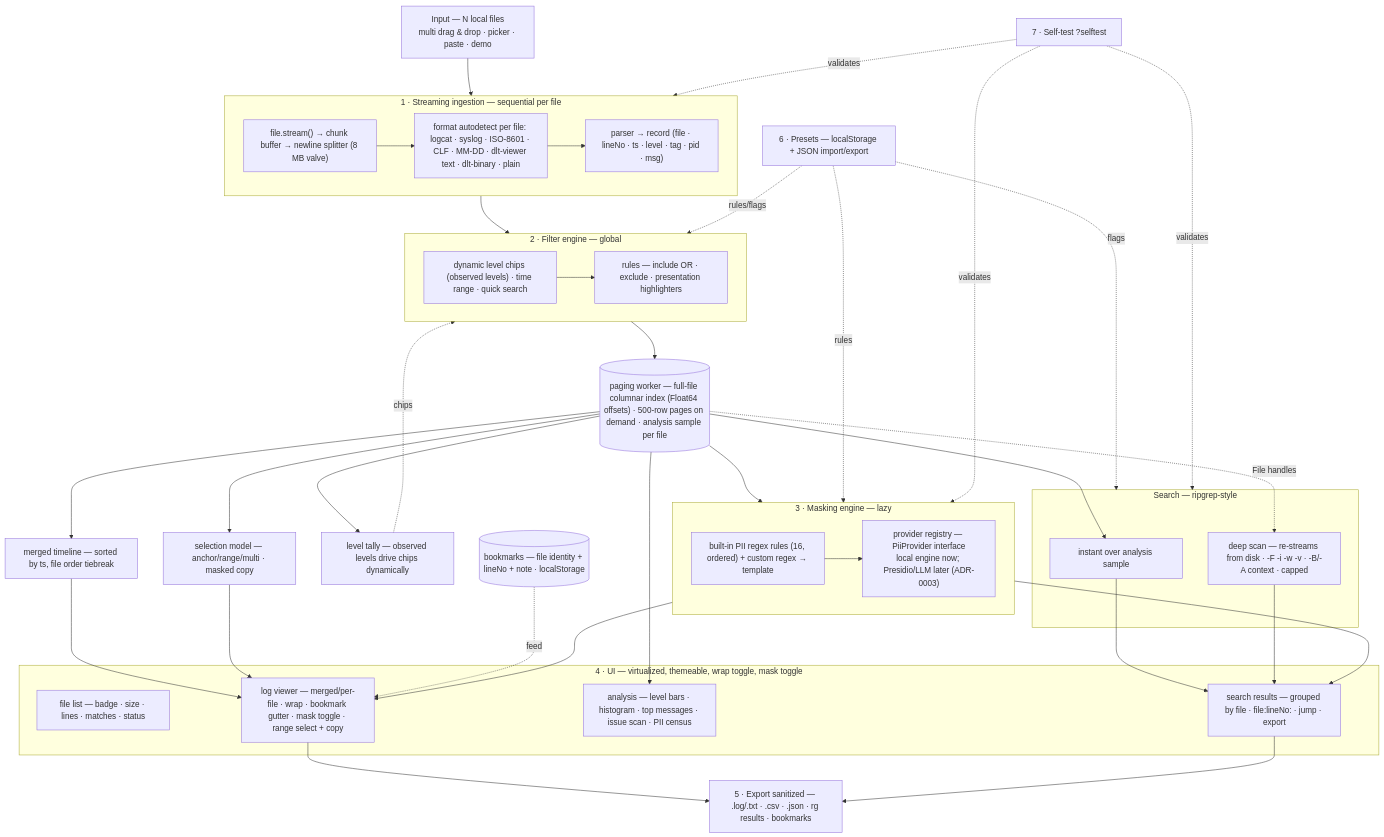
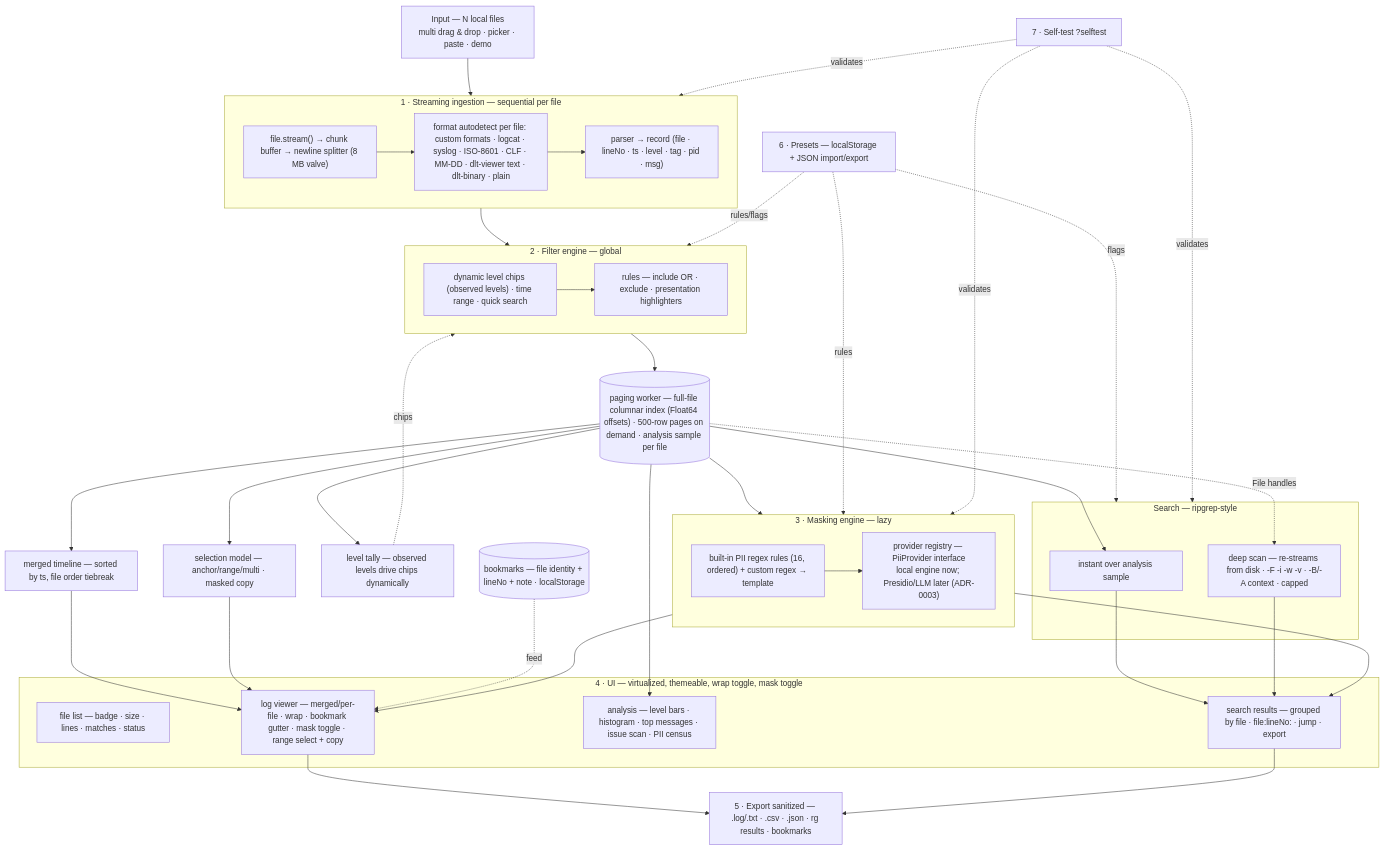
One commit to CJ-1981/log-triage changed the diagram in docs/architecture.md. Above: the diagram before and after it, drawn with Mermaid. The commit also changed other lines of this file and 21 other files, not shown here.

First line of the commit message:
feat(format): user-defined custom log format definitions and viewer toolbar override (SPEC-FORMAT-001)

````diff
--- a/docs/architecture.md
+++ b/docs/architecture.md
@@ -5,58 +5,58 @@
 ```mermaid
 flowchart TD
     IN["Input — N local files<br>multi drag & drop · picker · paste · demo"]
     subgraph S1["1 · Streaming ingestion — sequential per file"]
         A1["file.stream() → chunk buffer → newline splitter (8 MB valve)"]
-        A2["format autodetect per file: logcat · syslog · ISO-8601 · CLF · MM-DD · dlt-viewer text · dlt-binary · plain"]
+        A2["format autodetect per file: custom formats · logcat · syslog · ISO-8601 · CLF · MM-DD · dlt-viewer text · dlt-binary · plain"]
         A3["parser → record (file · lineNo · ts · level · tag · pid · msg)"]
         A1 --> A2 --> A3
     end
     subgraph S2["2 · Filter engine — global"]
         B1["dynamic level chips (observed levels) · time range · quick search"]
         B2["rules — include OR · exclude · presentation highlighters"]
         B1 --> B2
     end
     STORE[("paging worker — full-file columnar index (Float64 offsets) · 500-row pages on demand · analysis sample per file")]
     LV["level tally — observed levels drive chips dynamically"]
     MERGE["merged timeline — sorted by ts, file order tiebreak"]
     subgraph S3["3 · Masking engine — lazy"]
         C1["built-in PII regex rules (16, ordered) + custom regex → template"]
         C2["provider registry — PiiProvider interface<br>local engine now; Presidio/LLM later (ADR-0003)"]
         C1 --> C2
     end
     subgraph SR["Search — ripgrep-style"]
         R1["instant over analysis sample"]
         R2["deep scan — re-streams from disk · -F -i -w -v · -B/-A context · capped"]
     end
     BM[("bookmarks — file identity + lineNo + note · localStorage")]
     SEL["selection model — anchor/range/multi · masked copy"]
     subgraph S4["4 · UI — virtualized, themeable, wrap toggle, mask toggle"]
         D0["file list — badge · size · lines · matches · status"]
         D1["log viewer — merged/per-file · wrap · bookmark gutter · mask toggle · range select + copy"]
         D2["analysis — level bars · histogram · top messages · issue scan · PII census"]
         D5["search results — grouped by file · file:lineNo: · jump · export"]
     end
     E1["5 · Export sanitized — .log/.txt · .csv · .json · rg results · bookmarks"]
     P["6 · Presets — localStorage + JSON import/export"]
     T["7 · Self-test ?selftest"]
     IN --> S1 --> S2 --> STORE
     STORE --> LV -. chips .-> S2
     STORE --> MERGE --> D1
     STORE --> S3 --> D1
     STORE --> SEL --> D1
     STORE --> R1
     STORE -. File handles .-> R2
     BM -. feed .-> D1
     S3 --> D5
     R1 --> D5
     R2 --> D5
     STORE --> D2
     D1 --> E1
     D5 --> E1
     P -. rules/flags .-> S2
     P -. rules .-> S3
     P -. flags .-> SR
     T -. validates .-> S1
     T -. validates .-> S3
     T -. validates .-> SR
 ```
````
